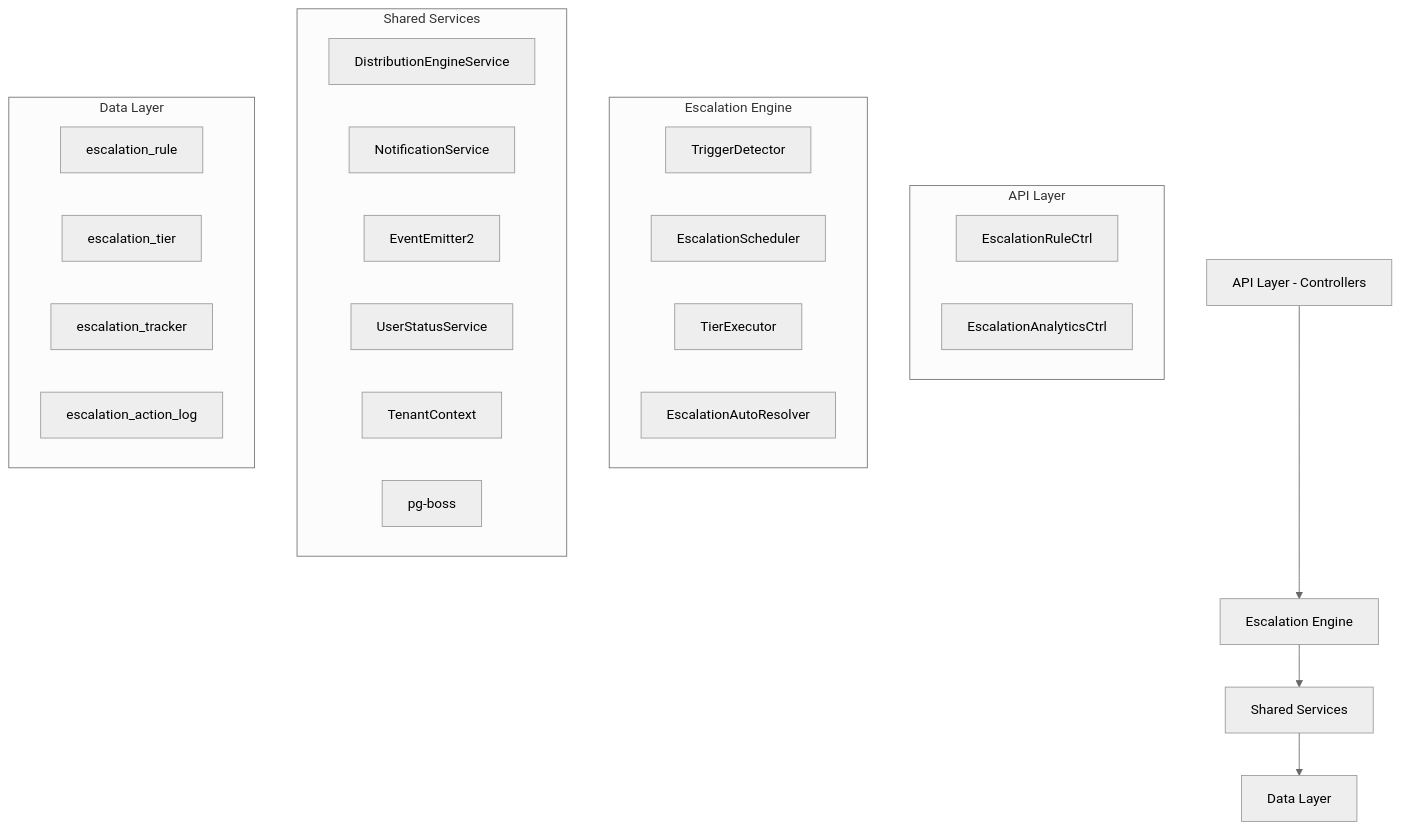
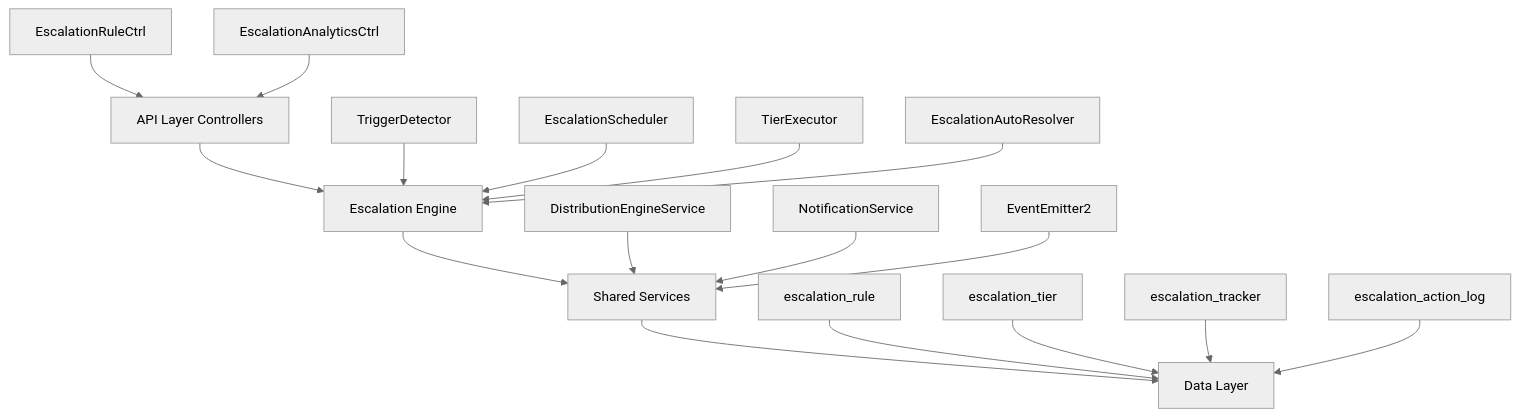
The diagram in backend/escalation/escalation-module-specification-comprehensive.mdx (tech-propwise-org/docs), drawn with Mermaid (neutral theme) before and after one commit. The commit also changed other lines of this file and 61 other files, not shown here.

````diff
--- a/backend/escalation/escalation-module-specification-comprehensive.mdx
+++ b/backend/escalation/escalation-module-specification-comprehensive.mdx
@@ -44,34 +43,23 @@
 ```mermaid
 graph TB
-    A[API Layer - Controllers] --> B[Escalation Engine]
+    A[API Layer Controllers] --> B[Escalation Engine]
     B --> C[Shared Services]
     C --> D[Data Layer]
     
-    subgraph "API Layer"
-        A1[EscalationRuleCtrl]
-        A2[EscalationAnalyticsCtrl]
-    end
+    A1[EscalationRuleCtrl] --> A
+    A2[EscalationAnalyticsCtrl] --> A
     
-    subgraph "Escalation Engine"
-        B1[TriggerDetector]
-        B2[EscalationScheduler]
-        B3[TierExecutor]
-        B4[EscalationAutoResolver]
-    end
+    B1[TriggerDetector] --> B
+    B2[EscalationScheduler] --> B
+    B3[TierExecutor] --> B
+    B4[EscalationAutoResolver] --> B
     
-    subgraph "Shared Services"
-        C1[DistributionEngineService]
-        C2[NotificationService]
-        C3[EventEmitter2]
-        C4[UserStatusService]
-        C5[TenantContext]
-        C6[pg-boss]
-    end
+    C1[DistributionEngineService] --> C
+    C2[NotificationService] --> C
+    C3[EventEmitter2] --> C
     
-    subgraph "Data Layer"
-        D1[escalation_rule]
-        D2[escalation_tier]
-        D3[escalation_tracker]
-        D4[escalation_action_log]
-    end
+    D1[escalation_rule] --> D
+    D2[escalation_tier] --> D
+    D3[escalation_tracker] --> D
+    D4[escalation_action_log] --> D
 ```
````
